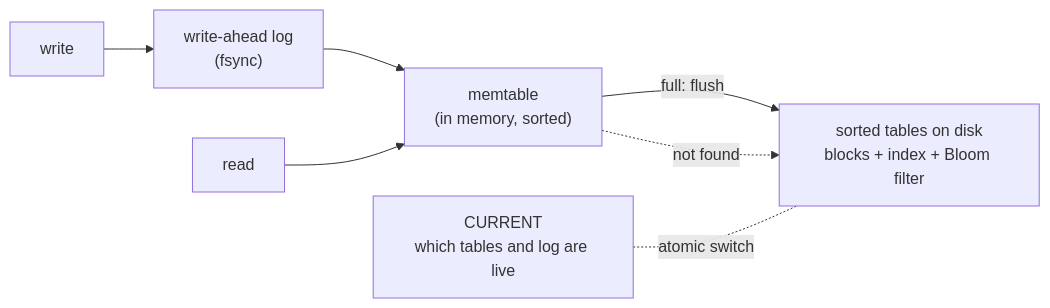
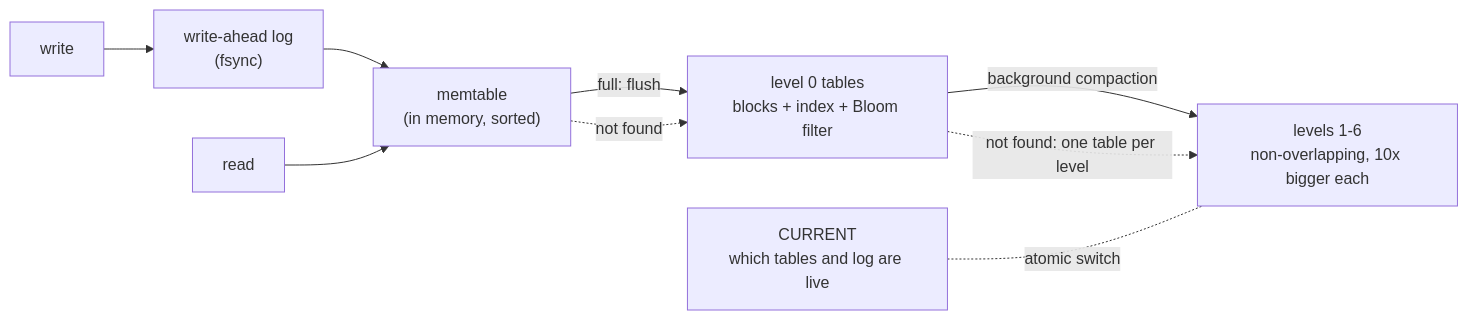
The first of 2 diagrams in README.md (Shibin506/StrataKV), drawn with Mermaid before and after one commit. The commit also changed other lines of this file and 12 other files, not shown here.

First line of the commit message:
Phase 3: levels and background compaction with tombstone dropping, atomic install, crash tests at every compaction step

````diff
--- a/README.md
+++ b/README.md
@@ -35,8 +35,10 @@
 ```mermaid
 flowchart LR
     W["write"] --> L["write-ahead log<br/>(fsync)"] --> M["memtable<br/>(in memory, sorted)"]
-    M -- "full: flush" --> T["sorted tables on disk<br/>blocks + index + Bloom filter"]
-    C["CURRENT<br/>which tables and log are live"] -. "atomic switch" .- T
+    M -- "full: flush" --> L0["level 0 tables<br/>blocks + index + Bloom filter"]
+    L0 -- "background compaction" --> LN["levels 1-6<br/>non-overlapping, 10x bigger each"]
+    C["CURRENT<br/>which tables and log are live"] -. "atomic switch" .- LN
     R["read"] --> M
-    M -. "not found" .-> T
+    M -. "not found" .-> L0
+    L0 -. "not found: one table per level" .-> LN
 ```
````
